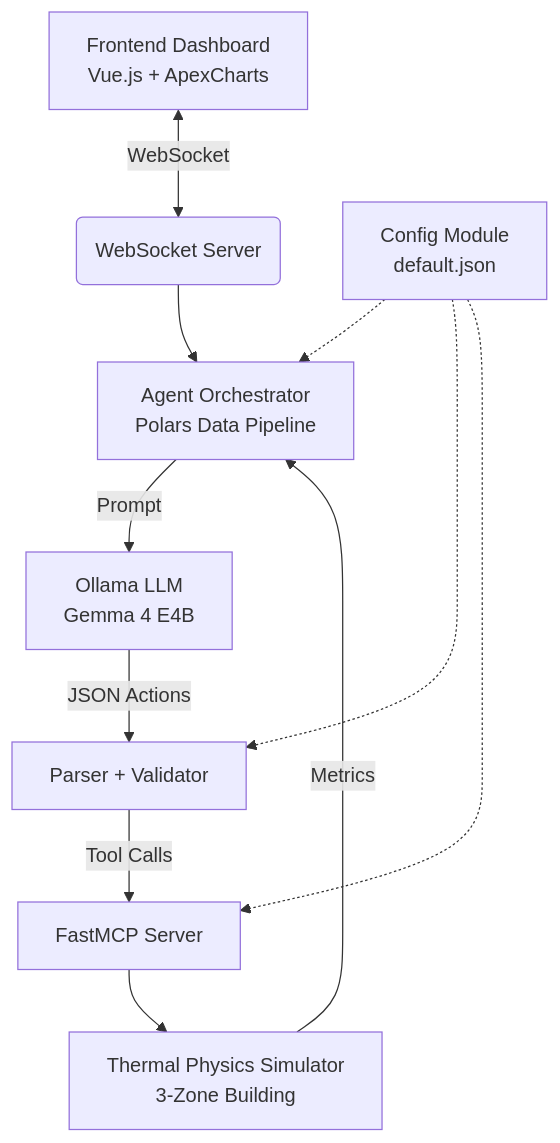
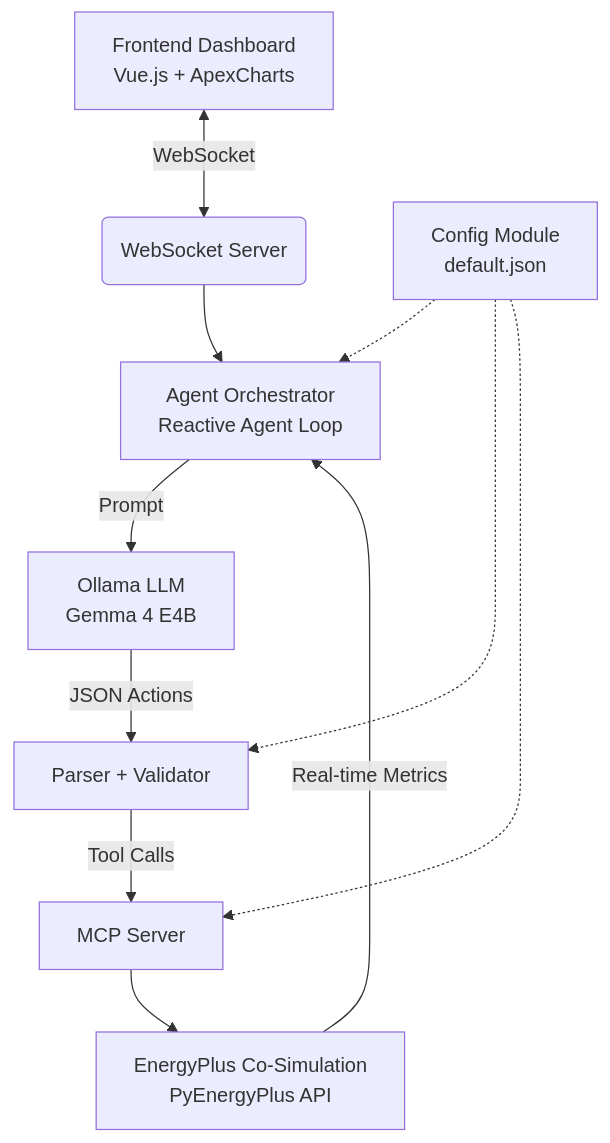
The diagram in README.md (epikadith/EcoPulse-BMS), drawn with Mermaid before and after one commit. The commit also changed other lines of this file and 7 other files, not shown here.

````diff
--- a/README.md
+++ b/README.md
@@ -7,13 +8,13 @@
 ```mermaid
 graph TD
     A[Frontend Dashboard<br/>Vue.js + ApexCharts] <-->|WebSocket| B(WebSocket Server)
-    B --> C[Agent Orchestrator<br/>Polars Data Pipeline]
+    B --> C[Agent Orchestrator<br/>Reactive Agent Loop]
     C -->|Prompt| D[Ollama LLM<br/>Gemma 4 E4B]
     D -->|JSON Actions| E[Parser + Validator]
-    E -->|Tool Calls| F[FastMCP Server]
-    F --> G[Thermal Physics Simulator<br/>3-Zone Building]
-    G -->|Metrics| C
+    E -->|Tool Calls| F[MCP Server]
+    F --> G[EnergyPlus Co-Simulation<br/>PyEnergyPlus API]
+    G -->|Real-time Metrics| C
     H[Config Module<br/>default.json] -.-> C
     H -.-> E
     H -.-> F
 ```
````
